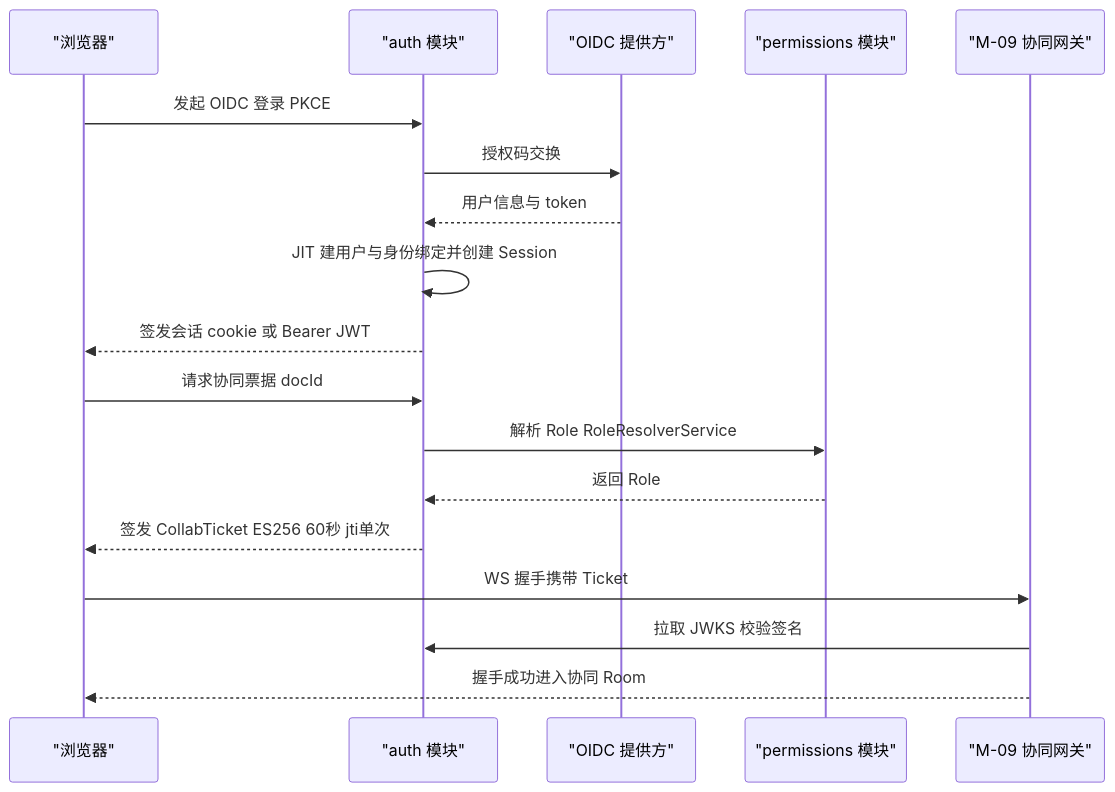
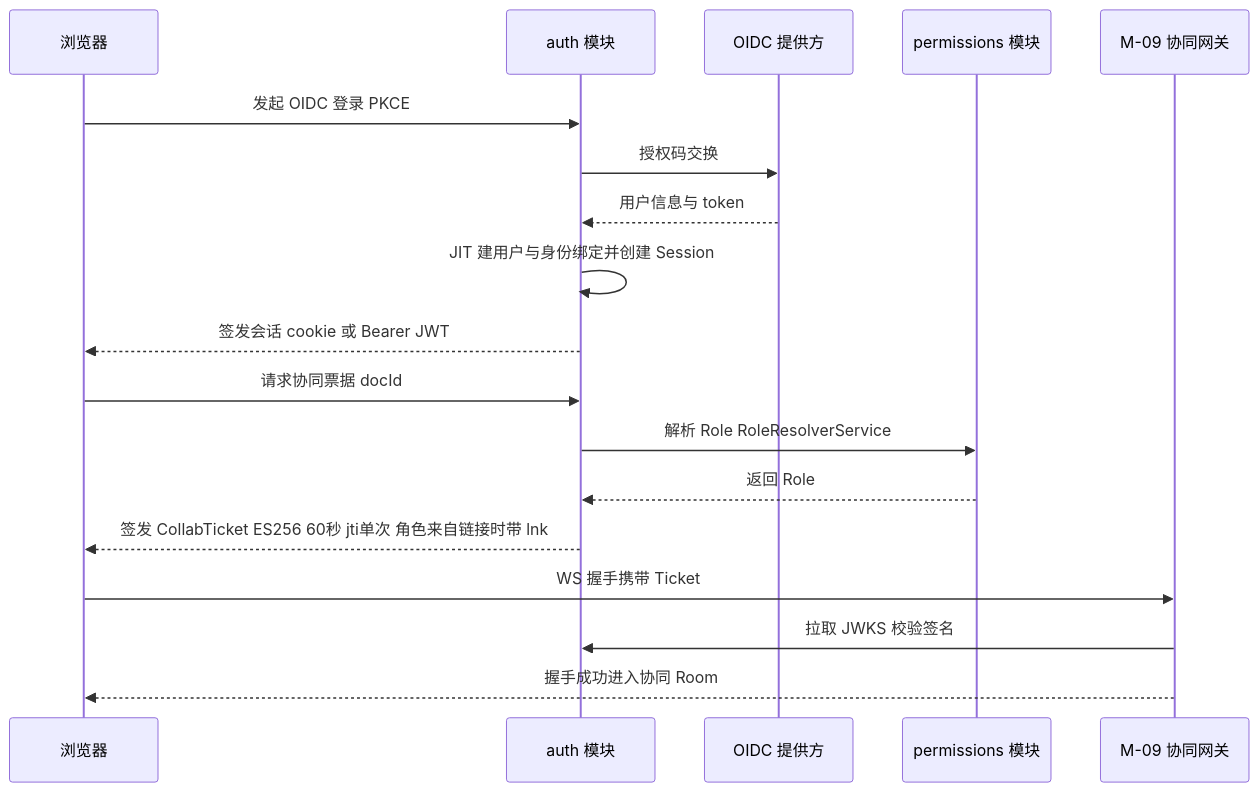
One commit to Xeonice/cordis-ppt-editor changed the third of 8 diagrams in docs/40-modules/08-server-identity-documents-and-storage.md. Above: the diagram before and after it, drawn with Mermaid. The commit also changed other lines of this file and 22 other files, not shown here.

First line of the commit message:
docs(modules): 新增架构图集 18/19，补图并按 §4.18 回写模块设计线

````diff
--- a/docs/40-modules/08-server-identity-documents-and-storage.md
+++ b/docs/40-modules/08-server-identity-documents-and-storage.md
@@ -280,20 +292,20 @@
 ```mermaid
 sequenceDiagram
-participant browser as "浏览器"
-participant auth as "auth 模块"
-participant oidc as "OIDC 提供方"
-participant perm as "permissions 模块"
-participant m09 as "M-09 协同网关"
+participant browser as 浏览器
+participant auth as auth 模块
+participant oidc as OIDC 提供方
+participant perm as permissions 模块
+participant m09 as M-09 协同网关
 browser->>auth: 发起 OIDC 登录 PKCE
 auth->>oidc: 授权码交换
 oidc-->>auth: 用户信息与 token
 auth->>auth: JIT 建用户与身份绑定并创建 Session
 auth-->>browser: 签发会话 cookie 或 Bearer JWT
 browser->>auth: 请求协同票据 docId
 auth->>perm: 解析 Role RoleResolverService
 perm-->>auth: 返回 Role
-auth-->>browser: 签发 CollabTicket ES256 60秒 jti单次
+auth-->>browser: 签发 CollabTicket ES256 60秒 jti单次 角色来自链接时带 lnk
 browser->>m09: WS 握手携带 Ticket
 m09->>auth: 拉取 JWKS 校验签名
 m09-->>browser: 握手成功进入协同 Room
 ```
````
